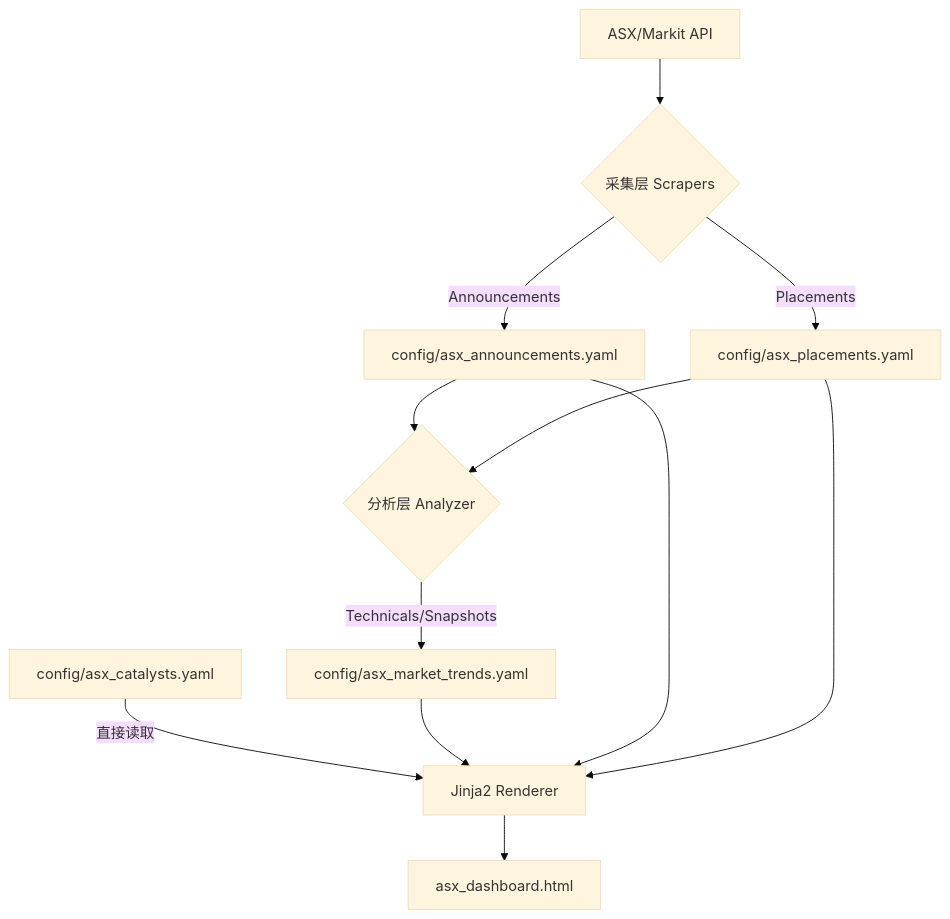
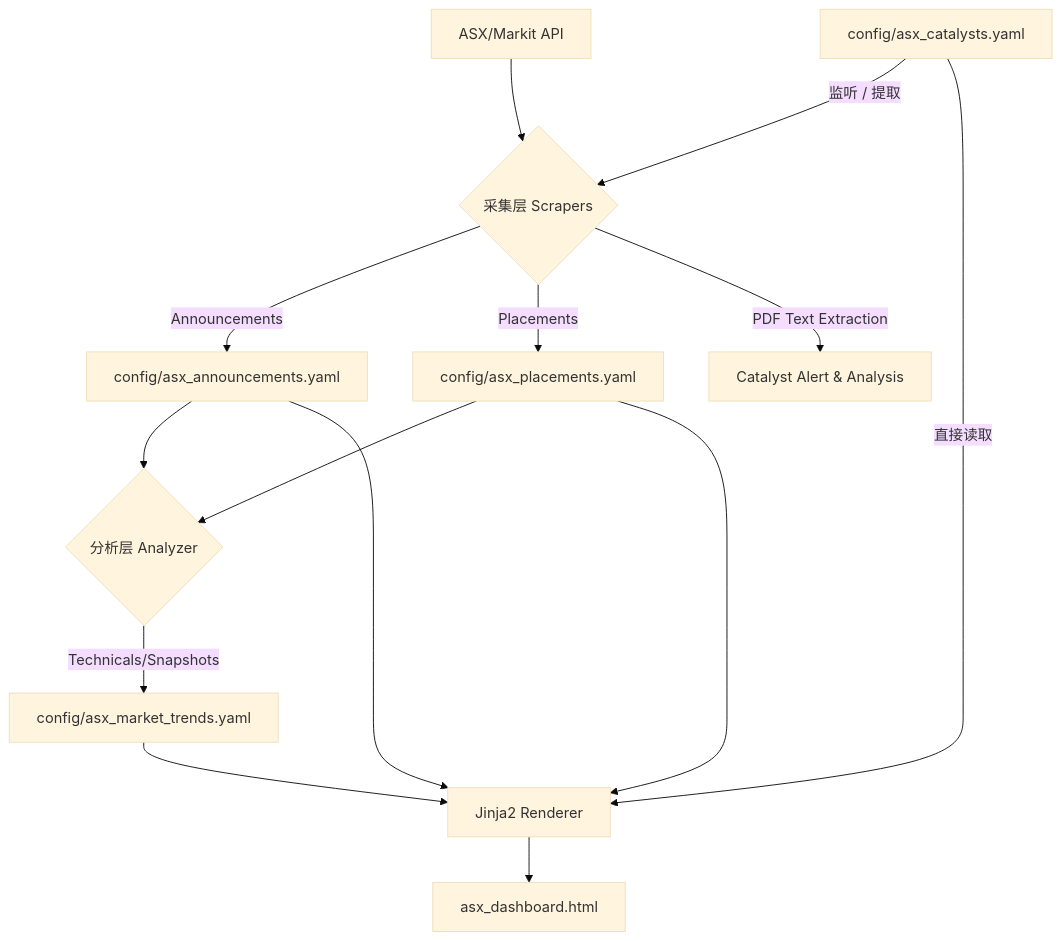
Before and after one commit to felixliu97/pythonProjects: the diagram in ASX/README.md, drawn with Mermaid (base theme). The commit also changed other lines of this file and 6 other files, not shown here.

````diff
--- a/ASX/README.md
+++ b/ASX/README.md
@@ -12,11 +12,13 @@
 ```mermaid
 graph TD
     A[ASX/Markit API] --> B{采集层 Scrapers}
     B -->|Announcements| C[config/asx_announcements.yaml]
     B -->|Placements| D[config/asx_placements.yaml]
+    B -->|PDF Text Extraction| X[Catalyst Alert & Analysis]
     C & D --> E{分析层 Analyzer}
     E -->|Technicals/Snapshots| F[config/asx_market_trends.yaml]
-    Y[config/asx_catalysts.yaml] -->|直接读取| I[Jinja2 Renderer]
+    Y[config/asx_catalysts.yaml] -->|监听 / 提取| B
+    Y -->|直接读取| I[Jinja2 Renderer]
     F & C & D --> I
     I --> J[asx_dashboard.html]
 ```
````
